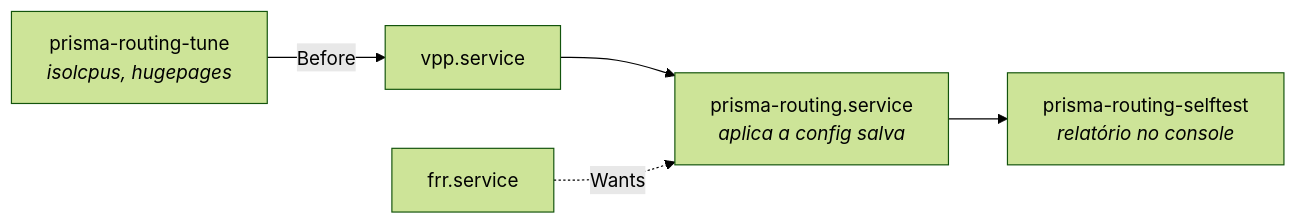
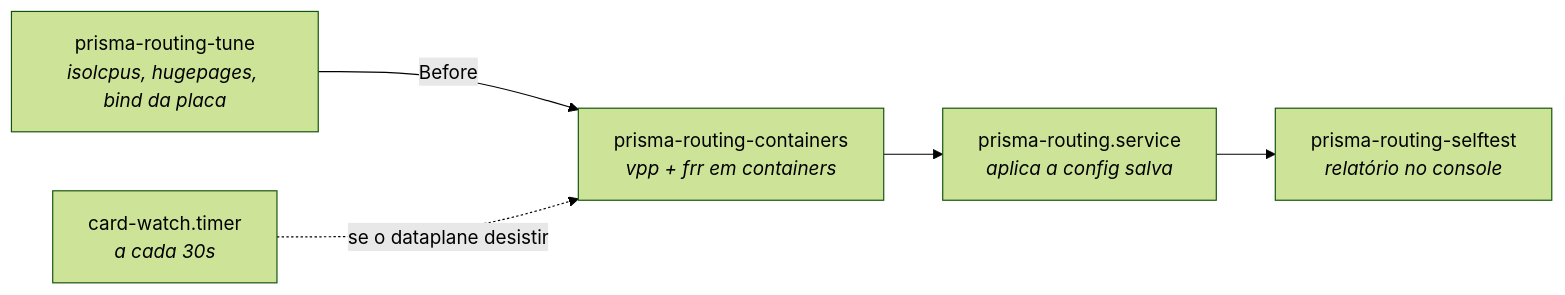
One commit to andrediashexa/prismarouting changed the first of 2 diagrams in wiki/operar/operacao-e-diagnostico.md. Above: the diagram before and after it, drawn with Mermaid (forest theme). The commit also changed other lines of this file, not shown here.

````diff
--- a/wiki/operar/operacao-e-diagnostico.md
+++ b/wiki/operar/operacao-e-diagnostico.md
@@ -223,7 +225,7 @@
 ```mermaid
 flowchart LR
-    T["prisma-routing-tune<br/><i>isolcpus, hugepages</i>"] -->|Before| V["vpp.service"]
-    V --> H["prisma-routing.service<br/><i>aplica a config salva</i>"]
-    F["frr.service"] -.->|Wants| H
+    T["prisma-routing-tune<br/><i>isolcpus, hugepages, bind da placa</i>"] -->|Before| C["prisma-routing-containers<br/><i>vpp + frr em containers</i>"]
+    C --> H["prisma-routing.service<br/><i>aplica a config salva</i>"]
     H --> S["prisma-routing-selftest<br/><i>relatório no console</i>"]
+    W["card-watch.timer<br/><i>a cada 30s</i>"] -.->|se o dataplane desistir| C
 ```
````
